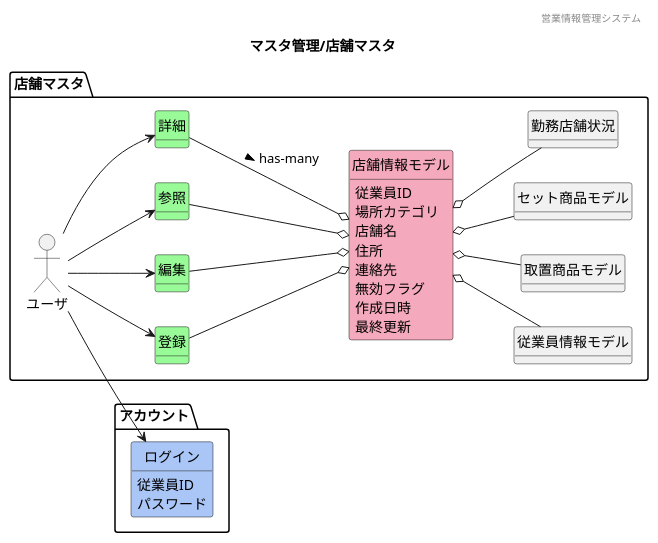
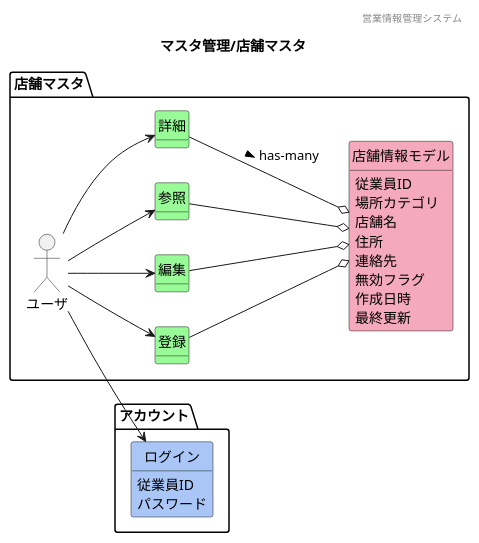
One commit to HaruShim/Sotuken changed the diagram in 各種設計書/1ドメインモデル図/マスタ管理/F02店舗マスタ.plantuml. Above: the diagram before and after it, drawn with PlantUML. The commit also changed 11 other files, not shown here.

```diff
--- a/各種設計書/1ドメインモデル図/マスタ管理/F02店舗マスタ.plantuml
+++ b/各種設計書/1ドメインモデル図/マスタ管理/F02店舗マスタ.plantuml
@@ -1,95 +1,88 @@
 @startuml images/マスタ管理/店舗マスタ
 ' ヘッダー
 header 営業情報管理システム
 ' タイトル
 title マスタ管理/店舗マスタ
 ' 
 hide circle
 ' 
 hide method
 ' hide members
 left to right direction
 
 package "アカウント"{
     class "ログイン" #A9C6F6
     }
 
 package "店舗マスタ"{
     mix_actor "ユーザ"
     class "登録" #98fb98
     class "編集" #98fb98
     class "参照" #98fb98
     class "詳細" #98fb98
     class "店舗情報モデル" #F5A9BC
-    class "従業員情報モデル"
-    class "取置商品モデル"
-    class "セット商品モデル"
     ' class "" #F5A9BC
     ' class "" #F5A9BC
     
 
     ユーザ --> 参照
     ユーザ --> 登録
     ユーザ --> 編集
     ユーザ --> 詳細
     ユーザ --> ログイン
     参照 --o 店舗情報モデル
     登録 --o 店舗情報モデル
     編集 --o 店舗情報モデル
     詳細 --o 店舗情報モデル : > has-many
-    店舗情報モデル o-- 勤務店舗状況
-    店舗情報モデル o-- 従業員情報モデル
-    店舗情報モデル o-- 取置商品モデル
-    店舗情報モデル o-- セット商品モデル
 
     店舗情報モデル : 従業員ID
     店舗情報モデル : 場所カテゴリ
     店舗情報モデル : 店舗名
     店舗情報モデル : 住所
     店舗情報モデル : 連絡先
     店舗情報モデル : 無効フラグ
     店舗情報モデル : 作成日時
     店舗情報モデル : 最終更新
     ' 勤務店舗状況 : 店舗名
     ' 勤務店舗状況 : 従業員数
     ' 勤務店舗状況 : 責任者
     ' 店舗情報モデル : 店舗名
     ' 店舗情報モデル : 住所
     ' 店舗情報モデル : 連絡先
     ' 店舗情報モデル : 店長
     ' 店舗情報モデル : 主な従業員
     ' セット商品モデル : セット商品ID
     ' セット商品モデル : セット名
     ' セット商品モデル : 商品コード
     ' セット商品モデル : 型番
     ' セット商品モデル : 店舗ID[FK]
     ' セット商品モデル : 商品数
     ' セット商品モデル : 作成日時
     ' セット商品モデル : 最終更新日時
     ' 取置商品モデル : 取置予約ID
     ' 取置商品モデル : 商品コード[FK]
     ' 取置商品モデル : 型番
     ' 取置商品モデル : 店舗ID[FK]
     ' 取置商品モデル : 予約者氏名
     ' 取置商品モデル : 連絡先
     ' 取置商品モデル : 予約日時
     ' 取置商品モデル : 最終更新日時
     ' 従業員情報モデル : 従業員ID
     ' 従業員情報モデル : 雇用形態
     ' 従業員情報モデル : 店舗ID[FK]
     ' 従業員情報モデル : 氏名
     ' 従業員情報モデル : 氏名(カナ)
     ' 従業員情報モデル : 電話番号
     ' 従業員情報モデル : 性別
     ' 従業員情報モデル : 生年月日
     ' 従業員情報モデル : 年齢
     ' 従業員情報モデル : パスワード
     ' 従業員情報モデル : 無効フラグ
     ' 従業員情報モデル : 作成日時
     ' 従業員情報モデル : 最終更新日時
     ログイン : 従業員ID
     ログイン : パスワード
 }
 
 
 @enduml
```
